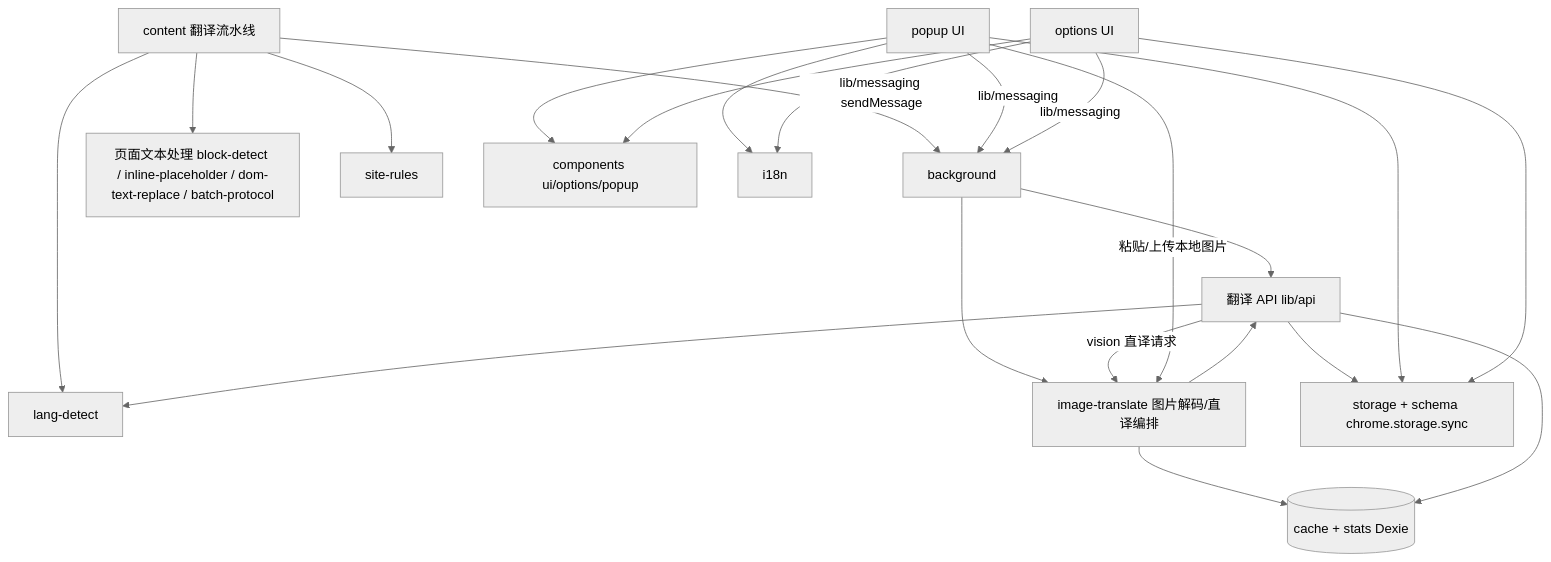
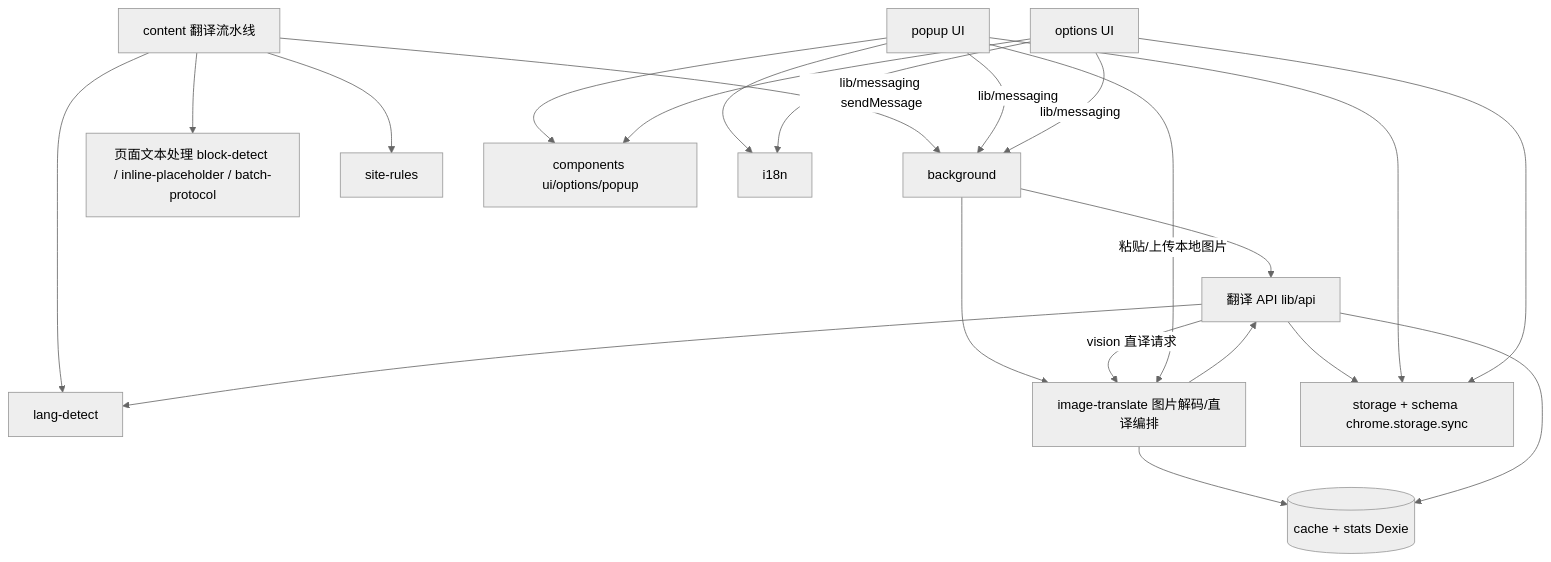
Before and after one commit to HodgeWen/translator: the diagram in .agents/docs/CODE-MAP.md, drawn with Mermaid (neutral theme). The commit also changed other lines of this file and 9 other files, not shown here.

First line of the commit message:
docs(i18n): 清理 26 个死文案键，同步架构与代码地图

````diff
--- a/.agents/docs/CODE-MAP.md
+++ b/.agents/docs/CODE-MAP.md
@@ -52,24 +52,24 @@
 ```mermaid
 graph TD
     content[content 翻译流水线] -->|lib/messaging sendMessage| background[background]
     popup[popup UI] -->|lib/messaging| background
     options[options UI] -->|lib/messaging| background
-    content --> textproc[页面文本处理 block-detect / inline-placeholder / dom-text-replace / batch-protocol]
+    content --> textproc[页面文本处理 block-detect / inline-placeholder / batch-protocol]
     content --> siterules[site-rules]
     content --> langdetect[lang-detect]
     background --> api[翻译 API lib/api]
     background --> imagetranslate[image-translate 图片解码/直译编排]
     api -->|vision 直译请求| imagetranslate
     imagetranslate --> api
     imagetranslate --> cache
     popup --> uicomp[components ui/options/popup]
     options --> uicomp
     api --> cache[(cache + stats Dexie)]
     api --> storage[storage + schema chrome.storage.sync]
     api --> langdetect
     popup --> storage
     popup -->|粘贴/上传本地图片| imagetranslate
     options --> storage
     popup --> i18n[i18n]
     options --> i18n
 ```
````
